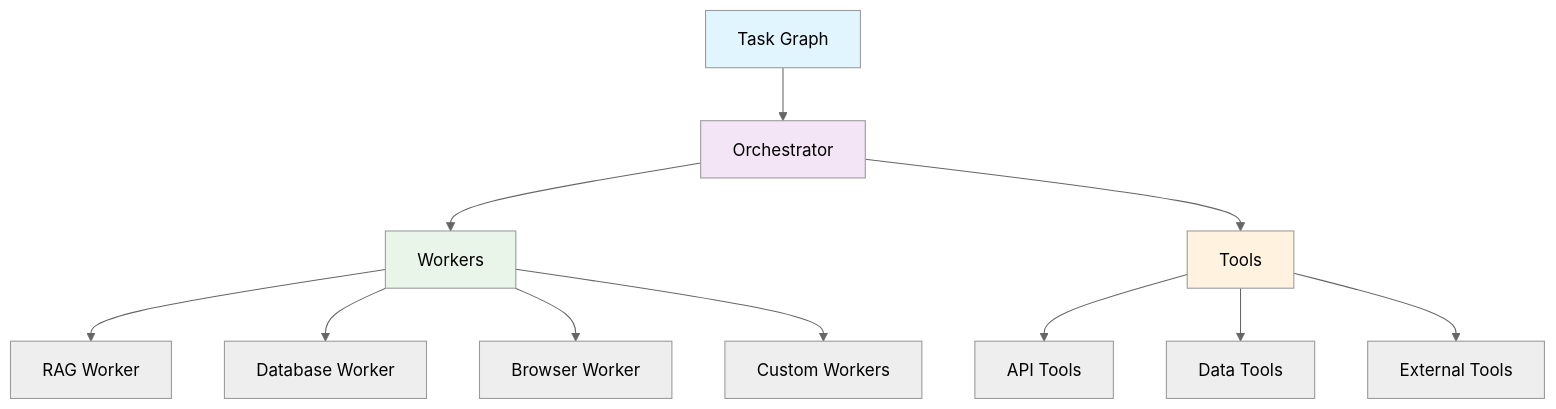
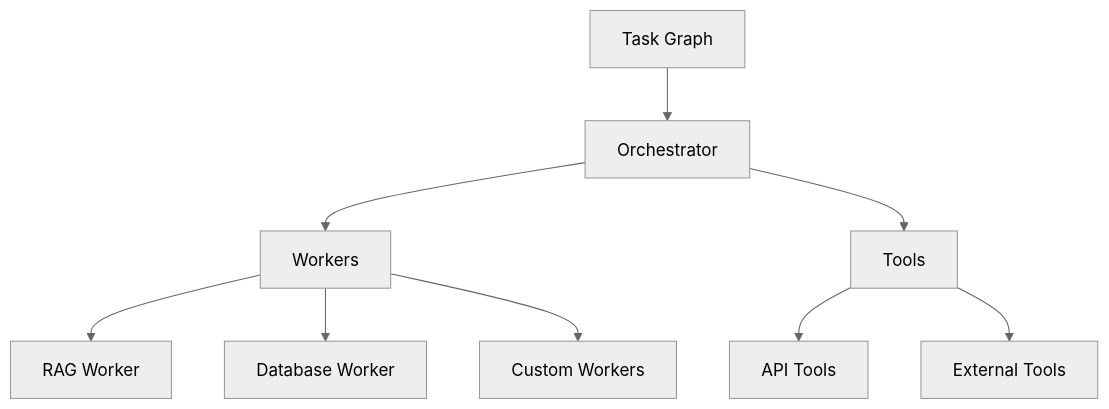
The diagram in README.md (tedeyang/Agent-First-Organization), drawn with Mermaid (neutral theme) before and after one commit. The commit also changed other lines of this file, not shown here.

````diff
--- a/README.md
+++ b/README.md
@@ -104,18 +65,11 @@
 ```mermaid
 graph TB
     A[Task Graph] --> B[Orchestrator]
     B --> C[Workers]
     B --> D[Tools]
     C --> E[RAG Worker]
     C --> F[Database Worker]
-    C --> G[Browser Worker]
-    C --> H[Custom Workers]
+    C --> G[Custom Workers]
     D --> I[API Tools]
-    D --> J[Data Tools]
-    D --> K[External Tools]
-    
-    style A fill:#e1f5fe
-    style B fill:#f3e5f5
-    style C fill:#e8f5e8
-    style D fill:#fff3e0
+    D --> J[External Tools]
 ```
````
